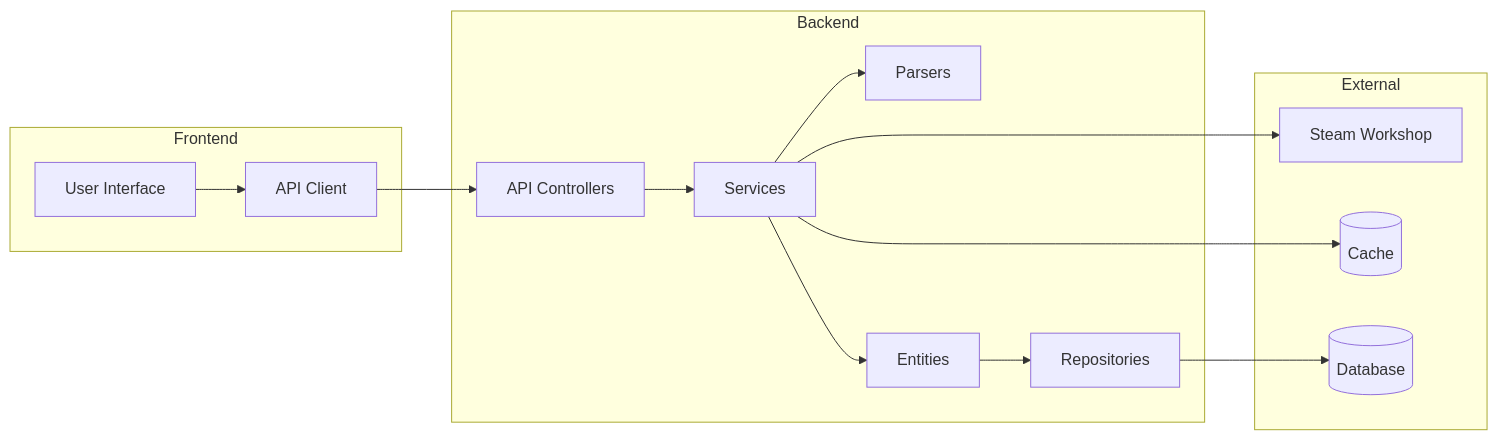
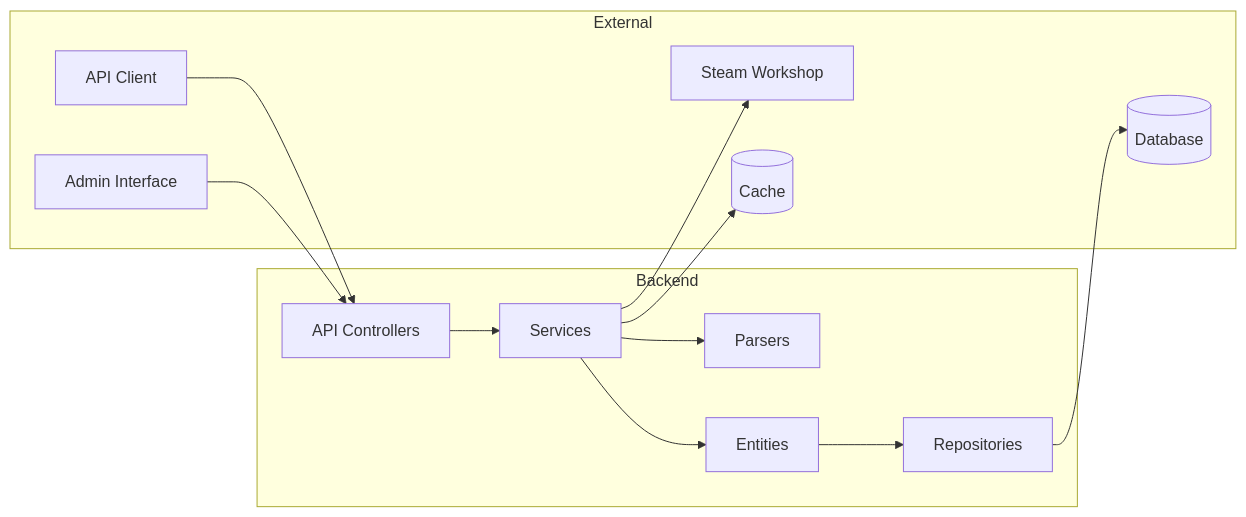
The second of 5 diagrams in docs/architecture/component-architecture.md (Lukianos76/project_babel), drawn with Mermaid before and after one commit. The commit also changed other lines of this file and 7 other files, not shown here.

````diff
--- a/docs/architecture/component-architecture.md
+++ b/docs/architecture/component-architecture.md
@@ -36,31 +38,31 @@
 ```mermaid
 graph LR
-    subgraph Frontend
-        UI[User Interface]
-        API_Client[API Client]
+    subgraph External
+        Client[API Client]
+        Admin[Admin Interface]
     end
 
     subgraph Backend
         API[API Controllers]
         Service[Services]
         Parser[Parsers]
         Entity[Entities]
         Repository[Repositories]
     end
 
     subgraph External
         Steam[Steam Workshop]
         Cache[(Cache)]
         DB[(Database)]
     end
 
-    UI --> API_Client
-    API_Client --> API
+    Client --> API
+    Admin --> API
     API --> Service
     Service --> Parser
     Service --> Entity
     Entity --> Repository
     Repository --> DB
     Service --> Cache
     Service --> Steam
 ```
````
